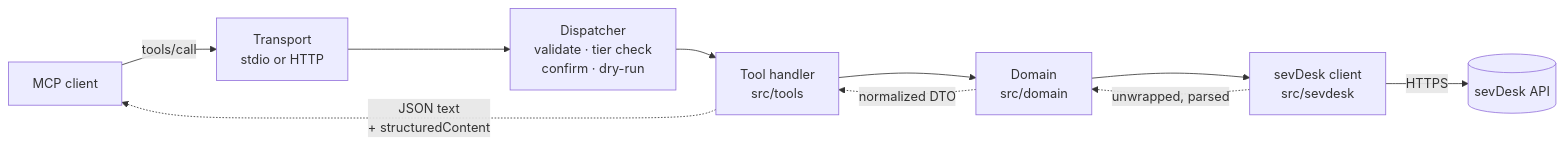
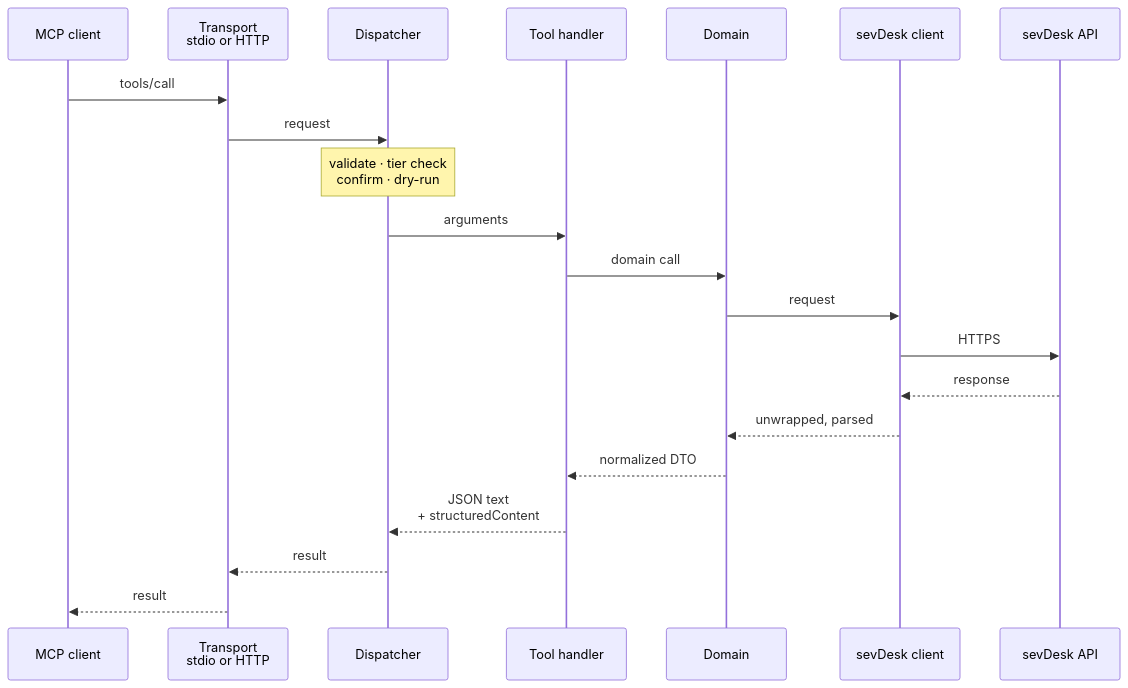
The diagram in docs/architecture.md (jaylann/mcp-server-sevdesk), drawn with Mermaid before and after one commit. The commit also changed other lines of this file and 13 other files, not shown here.

First line of the commit message:
docs: split architecture, contributing and the recording session

````diff
--- a/docs/architecture.md
+++ b/docs/architecture.md
@@ -122,12 +131,23 @@
 ```mermaid
-flowchart LR
-  C["MCP client"] -->|tools/call| T["Transport<br/>stdio or HTTP"]
-  T --> D["Dispatcher<br/>validate · tier check<br/>confirm · dry-run"]
-  D --> H["Tool handler<br/>src/tools"]
-  H --> S["Domain<br/>src/domain"]
-  S --> K["sevDesk client<br/>src/sevdesk"]
-  K -->|HTTPS| A[("sevDesk API")]
-  K -. "unwrapped, parsed" .-> S
-  S -. "normalized DTO" .-> H
-  H -. "JSON text<br/>+ structuredContent" .-> C
+sequenceDiagram
+  participant C as MCP client
+  participant T as Transport<br/>stdio or HTTP
+  participant D as Dispatcher
+  participant H as Tool handler
+  participant S as Domain
+  participant K as sevDesk client
+  participant A as sevDesk API
+  C->>T: tools/call
+  T->>D: request
+  Note over D: validate · tier check<br/>confirm · dry-run
+  D->>H: arguments
+  H->>S: domain call
+  S->>K: request
+  K->>A: HTTPS
+  A-->>K: response
+  K-->>S: unwrapped, parsed
+  S-->>H: normalized DTO
+  H-->>D: JSON text<br/>+ structuredContent
+  D-->>T: result
+  T-->>C: result
 ```
````
